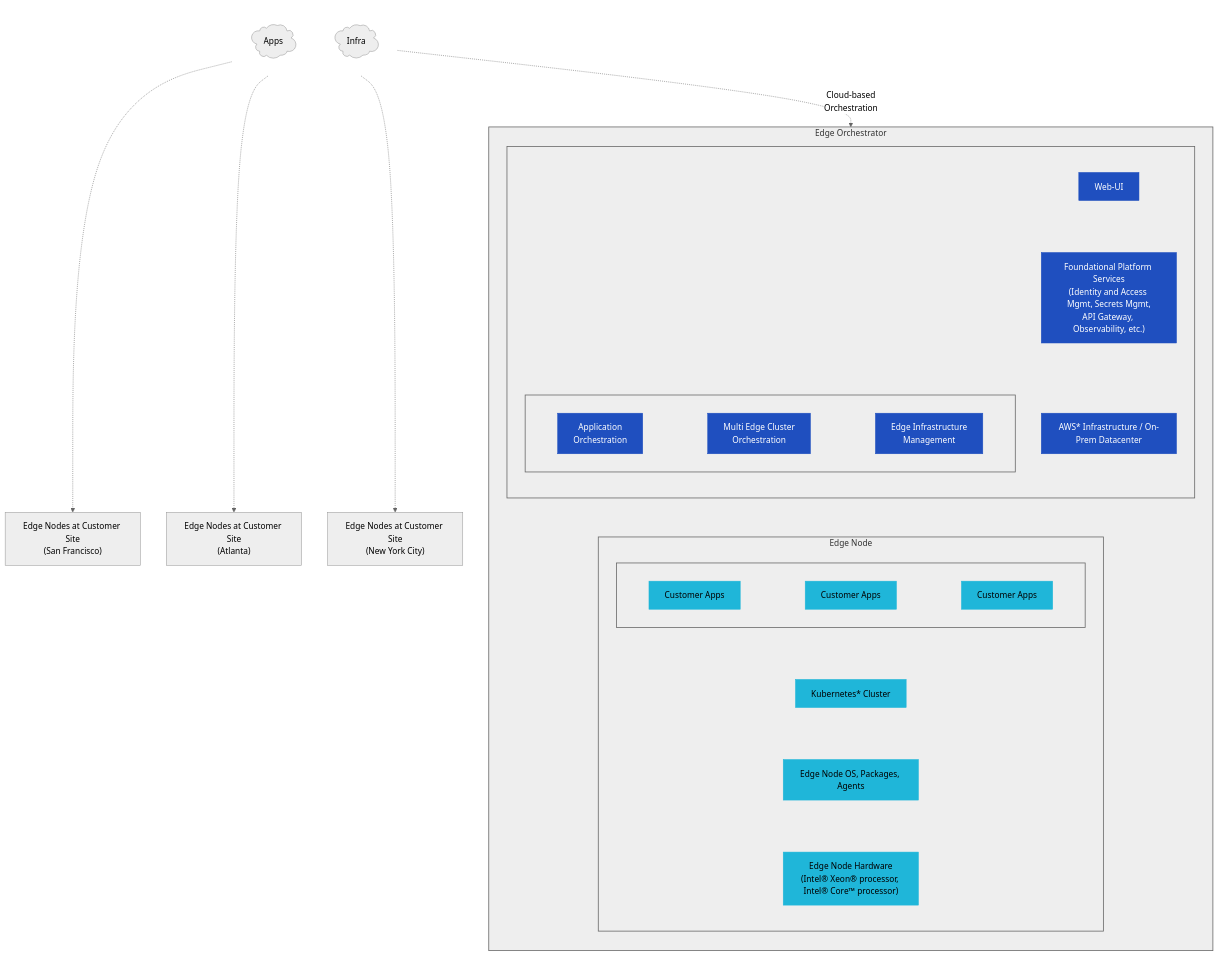
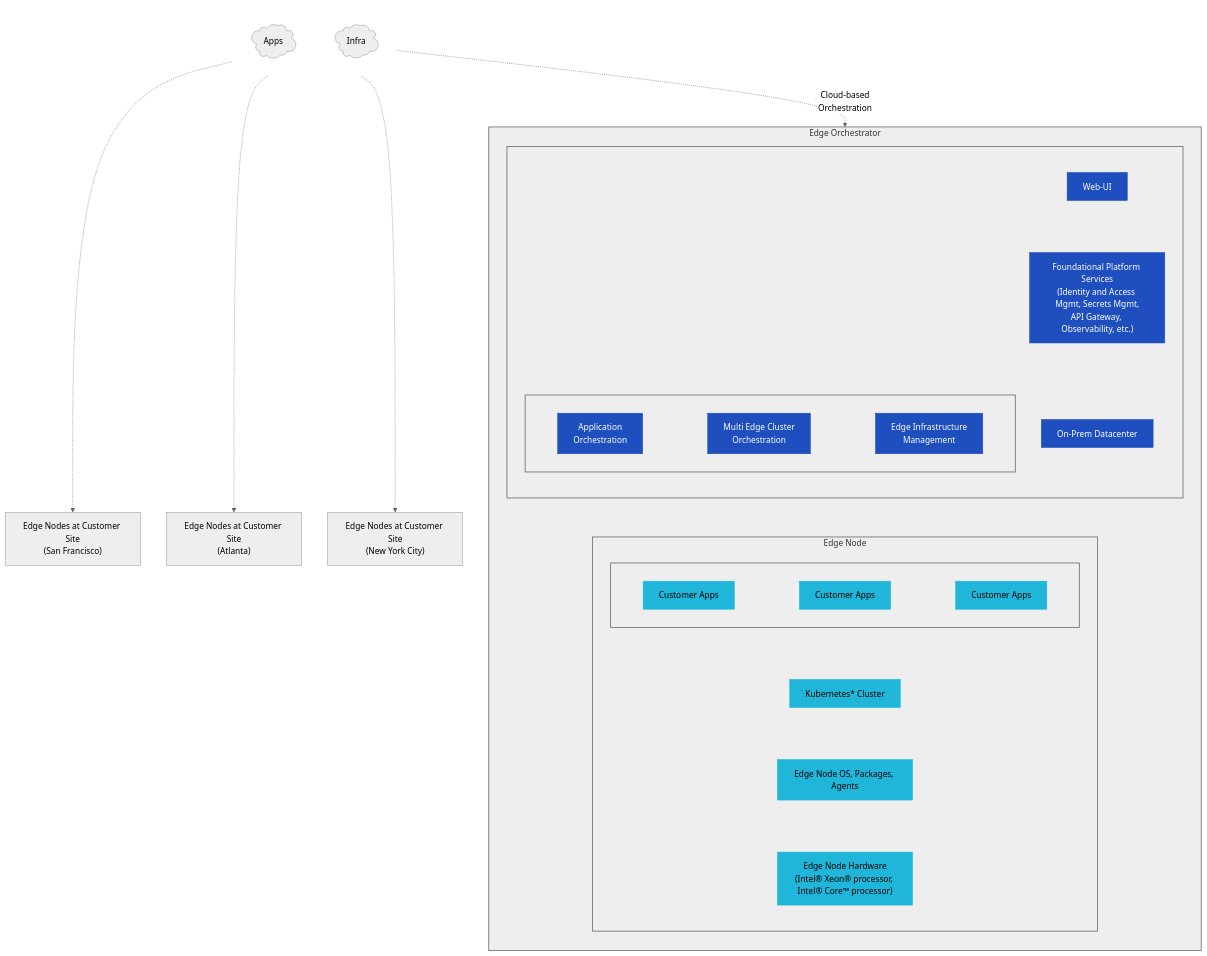
One commit to open-edge-platform/edge-manageability-framework changed the diagram in README.md. Above: the diagram before and after it, drawn with Mermaid (neutral theme).

````diff
--- a/README.md
+++ b/README.md
@@ -30,80 +30,79 @@
 ```mermaid
 flowchart TD
 
     %% LEFT: Cloud
     subgraph Cloud[" "]
     direction LR
     APPS@{ shape: cloud, label: "Apps"  } ~~~
     Infra@{ shape: cloud, label: "Infra"  }
     end
 
     %% EDGE SITES
     SF["Edge Nodes at Customer Site<br>(San Francisco)"]
     ATL["Edge Nodes at Customer Site<br>(Atlanta)"]
     NYC["Edge Nodes at Customer Site<br>(New York City)"]
 
     Cloud -.-> SF
     Cloud -.-> ATL
     Cloud -.-> NYC
 
     %% RIGHT SIDE
     subgraph EO["Edge Orchestrator"]
         direction TB
         subgraph Orch[" "]
         direction TB
         WebUI[Web-UI]
 
         subgraph OrchestrationLayer[" "]
             direction LR
             AppOrch["Application<br>Orchestration"] ~~~
             ClusterOrch["Multi Edge Cluster<br>Orchestration"] ~~~
             InfraMgmt["Edge Infrastructure<br>Management"] 
         end
 
         Platform["Foundational Platform Services<br/>(Identity and Access Mgmt, Secrets Mgmt,<br/>API Gateway, Observability, etc.)"]
 
-        AWS[AWS* Infrastructure / On-Prem Datacenter]
+        INFRA[On-Prem Datacenter]
 end
         %% EDGE NODE
 
         subgraph EdgeNode["Edge Node"]
             direction TB
             subgraph AppsRow[" "]
                 direction LR
                 CA1[Customer Apps] ~~~
                 CA2[Customer Apps] ~~~
                 CA3[Customer Apps]
             end
 
             K8s[Kubernetes* Cluster]
             OS[Edge Node OS, Packages, Agents]
             HW["Edge Node Hardware<br/>(Intel® Xeon® processor, Intel® Core™ processor)"]
 
             %% Invisible ordering inside Edge Node
             AppsRow ~~~ K8s
             K8s ~~~ OS
             OS ~~~ HW
         end
         %% Invisible ordering inside EO
         WebUI ~~~ Orch
         Orch ~~~ Platform
-        Platform ~~~ AWS
-        AWS ~~~ EdgeNode
+        Platform ~~~ INFRA
+        INFRA ~~~ EdgeNode
     end
 
 
     Cloud -.-> |"Cloud-based<br>Orchestration"|EO
 
 
     %% Styling
     classDef grey fill:#eeeeee,stroke:#666,stroke-width:1.5px
     classDef blue fill:#1f4fbf,color:#fff,stroke:#1f4fbf;
     classDef lightblue fill:#1fb6d9,color:#000,stroke:#1fb6d9;
+    classDef transparent fill:#00000000,stroke-width:0px;
 
     class EO,EdgeNode,AppsRow,Orch,OrchestrationLayer, grey;
-    class WebUI,AppOrch,ClusterOrch,InfraMgmt,Platform,AWS blue;
+    class WebUI,AppOrch,ClusterOrch,InfraMgmt,Platform,INFRA blue;
     class CA1,CA2,CA3,K8s,OS,HW lightblue;
-    %% Apply transparent style
-    classDef transparent fill:#00000000,stroke-width:0px;
     class Cloud transparent;
 ```
````
